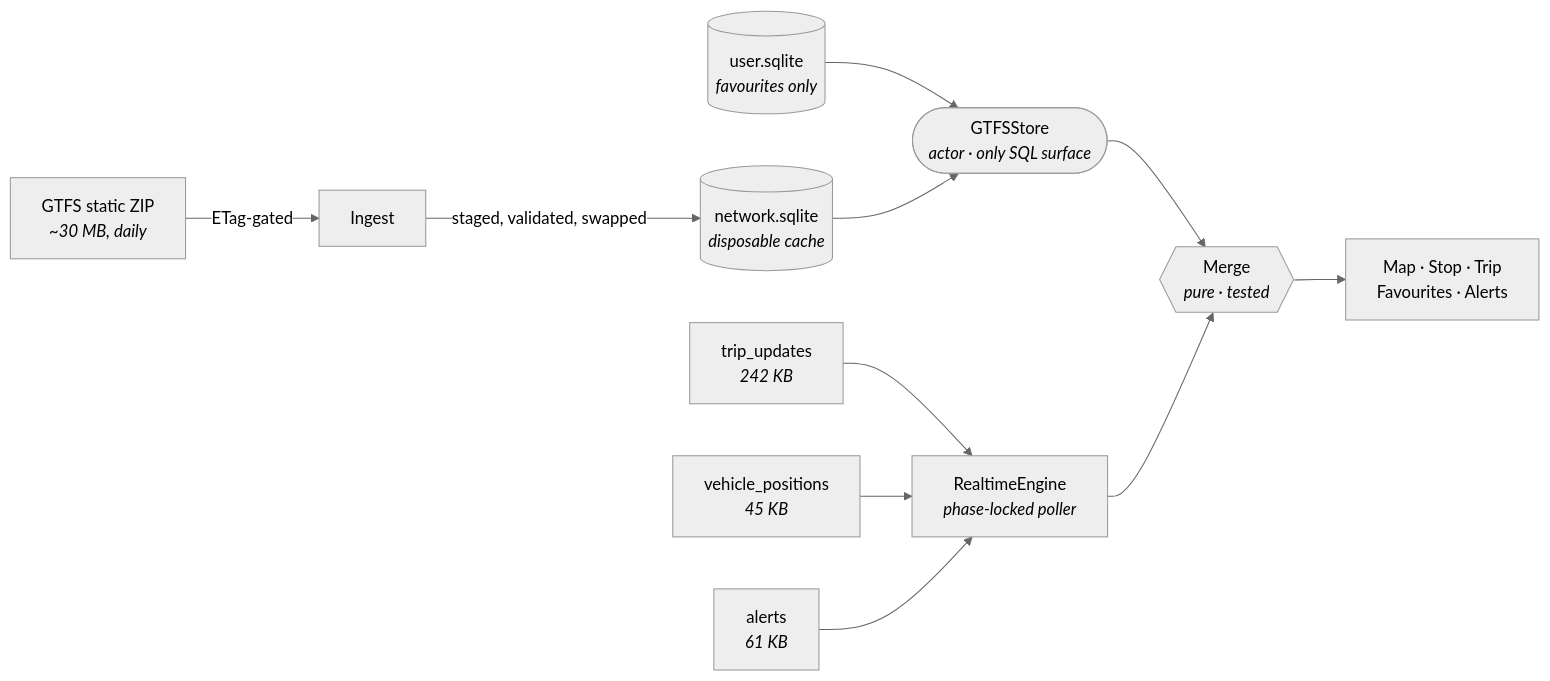
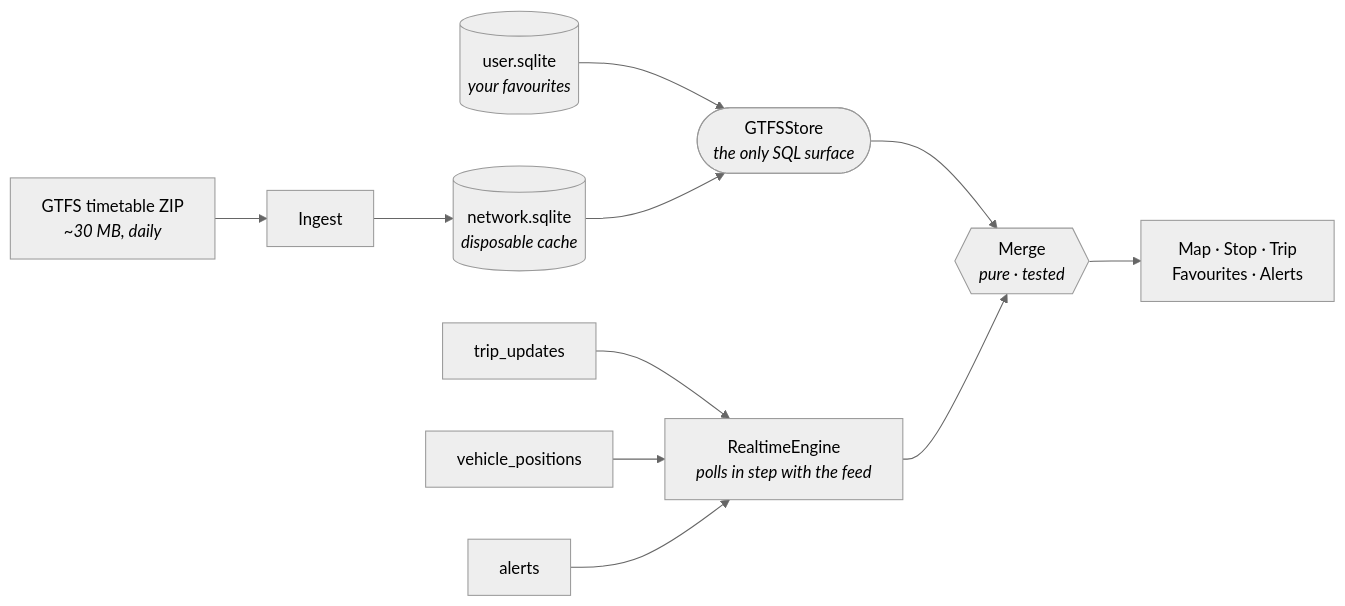
The diagram in README.md (RatterAU/AdelaideTransit), drawn with Mermaid (neutral theme) before and after one commit. The commit also changed other lines of this file and 16 other files, not shown here.

````diff
--- a/README.md
+++ b/README.md
@@ -190,15 +199,15 @@
 ```mermaid
 flowchart LR
-    ZIP["GTFS static ZIP<br/><i>~30 MB, daily</i>"] -->|ETag-gated| ING[Ingest]
-    ING -->|staged, validated, swapped| NET[("network.sqlite<br/><i>disposable cache</i>")]
-    USR[("user.sqlite<br/><i>favourites only</i>")] --> STORE
-    NET --> STORE(["GTFSStore<br/><i>actor · only SQL surface</i>"])
+    ZIP["GTFS timetable ZIP<br/><i>~30 MB, daily</i>"] --> ING[Ingest]
+    ING --> NET[("network.sqlite<br/><i>disposable cache</i>")]
+    USR[("user.sqlite<br/><i>your favourites</i>")] --> STORE
+    NET --> STORE(["GTFSStore<br/><i>the only SQL surface</i>"])
 
-    TU["trip_updates<br/><i>242 KB</i>"] --> ENG
-    VP["vehicle_positions<br/><i>45 KB</i>"] --> ENG
-    AL["alerts<br/><i>61 KB</i>"] --> ENG["RealtimeEngine<br/><i>phase-locked poller</i>"]
+    TU[trip_updates] --> ENG
+    VP[vehicle_positions] --> ENG
+    AL[alerts] --> ENG["RealtimeEngine<br/><i>polls in step with the feed</i>"]
 
     STORE --> MERGE{{"Merge<br/><i>pure · tested</i>"}}
     ENG --> MERGE
     MERGE --> UI["Map · Stop · Trip<br/>Favourites · Alerts"]
 ```
````
